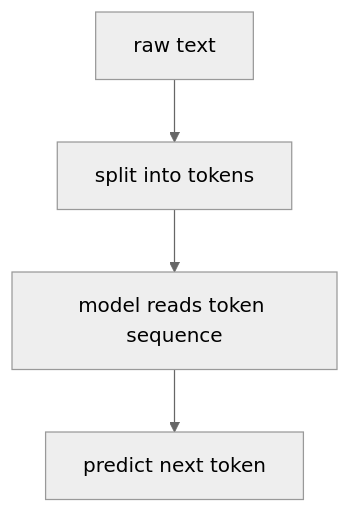
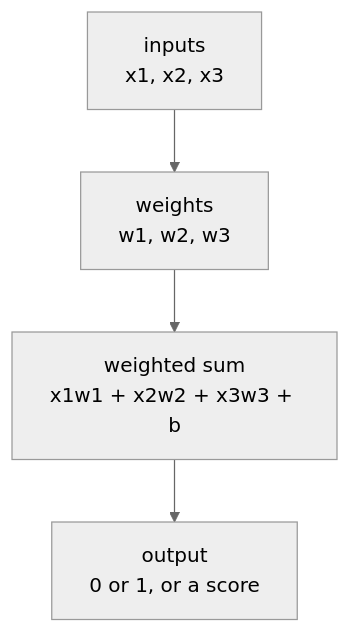
One commit to devchan64/AiBook changed the diagram in docs/parts/part-05/chapter-01/section-01.md. Above: the diagram before and after it, drawn with Mermaid (neutral theme). The commit also changed other lines of this file and 213 other files, not shown here.

````diff
--- a/docs/parts/part-05/chapter-01/section-01.md
+++ b/docs/parts/part-05/chapter-01/section-01.md
@@ -120,11 +68,11 @@
 ```mermaid
 flowchart TD
-  A["raw text"]
-  B["split into tokens"]
-  C["model reads token sequence"]
-  D["predict next token"]
+  A["inputs<br/>x1, x2, x3"]
+  B["weights<br/>w1, w2, w3"]
+  C["weighted sum<br/>x1w1 + x2w2 + x3w3 + b"]
+  D["output<br/>0 or 1, or a score"]
 
   A --> B
   B --> C
   C --> D
 ```
````
